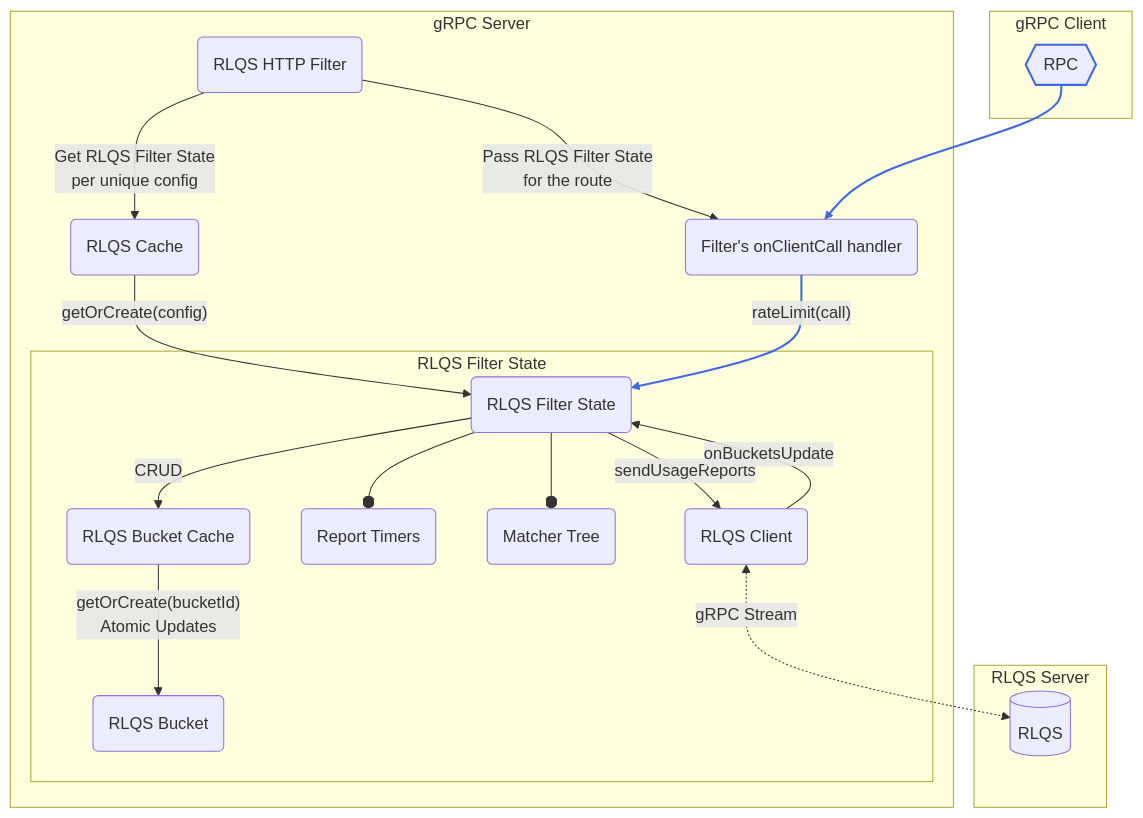
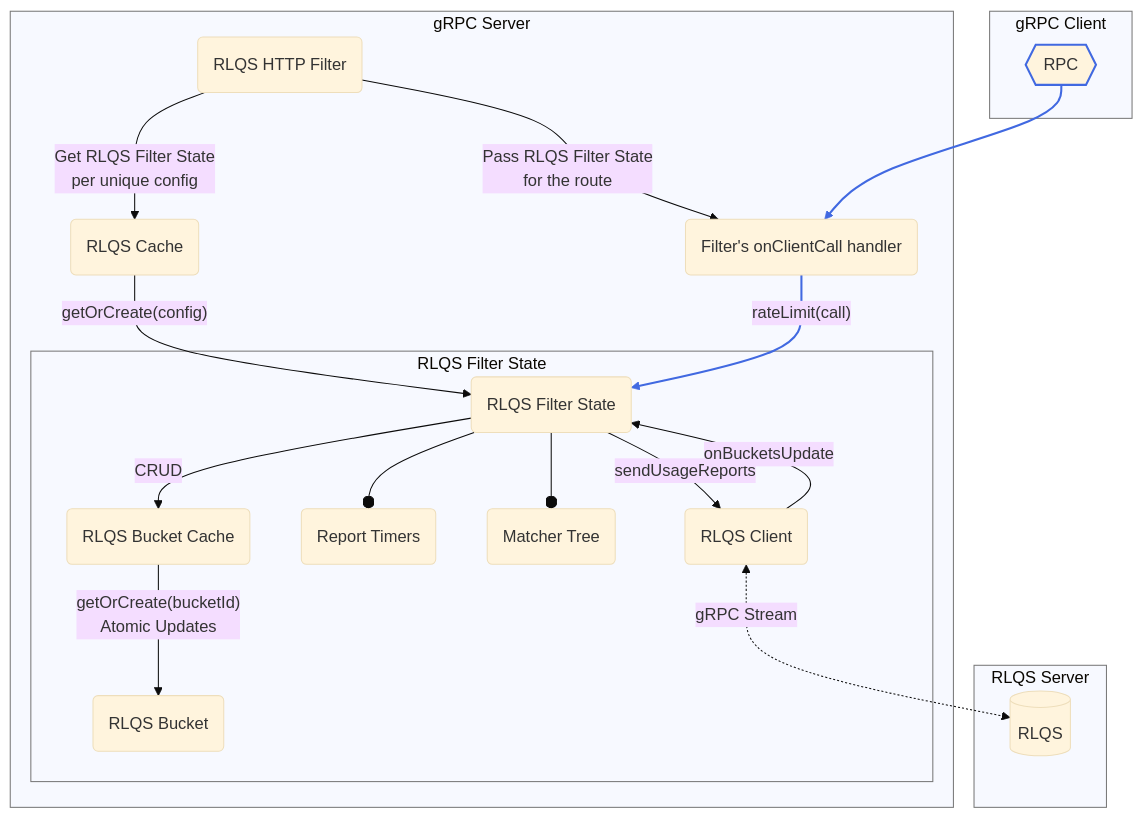
Before and after one commit to grpc/proposal: the first of 2 diagrams in A77-xds-rate-limiting-rlqs.md, drawn with Mermaid.

Commit message:
minor: switch rlqs components flowchart theme

````diff
--- a/A77-xds-rate-limiting-rlqs.md
+++ b/A77-xds-rate-limiting-rlqs.md
@@ -75,37 +75,43 @@
 ```mermaid
+---
+config:
+  theme: base
+  themeVariables:
+    clusterBorder: "#777"
+---
 graph TD
 %% RLQS Components Flowchart v8
 
 %% == nodes ==
     subgraph grpc_client_box [gRPC Client]
         request{{RPC}}
     end
     subgraph rlqs_server_box [RLQS Server]
         rlqs[(RLQS)]
     end
     subgraph grpc_server_box [gRPC Server]
         rlqs_filter(RLQS HTTP Filter)
         rlqs_cache(RLQS Cache)
         subgraph rlqs_filter_state_box [RLQS Filter State]
             rlqs_client(RLQS Client)
             rlqs_filter_state(RLQS Filter State)
             report_timers(Report Timers)
             matcher_tree(Matcher Tree)
             rlqs_bucket_cache(RLQS Bucket Cache)
             rlqs_bucket(RLQS Bucket)
         end
         rpc_handler("Filter's onClientCall handler")
     end
 %% == edges ==
     rlqs_filter -- " Get RLQS Filter State<br />per unique config " --> rlqs_cache -- " getOrCreate(config) " --> rlqs_filter_state
     rlqs_filter -- " Pass RLQS Filter State<br />for the route " --> rpc_handler -- " rateLimit(call) " --> rlqs_filter_state
     request --> rpc_handler
     rlqs_filter_state --o matcher_tree & report_timers
     rlqs_filter_state -- sendUsageReports --> rlqs_client
     rlqs_filter_state -- CRUD --> rlqs_bucket_cache
     rlqs_client -- onBucketsUpdate --> rlqs_filter_state
     rlqs_bucket_cache -- " getOrCreate(bucketId)<br />Atomic Updates " --> rlqs_bucket
     rlqs_client <-. gRPC Stream .-> rlqs
     style request stroke: RoyalBlue, stroke-width: 2px;
     linkStyle 3,4 stroke: RoyalBlue, stroke-width: 2px;
 ```
````
